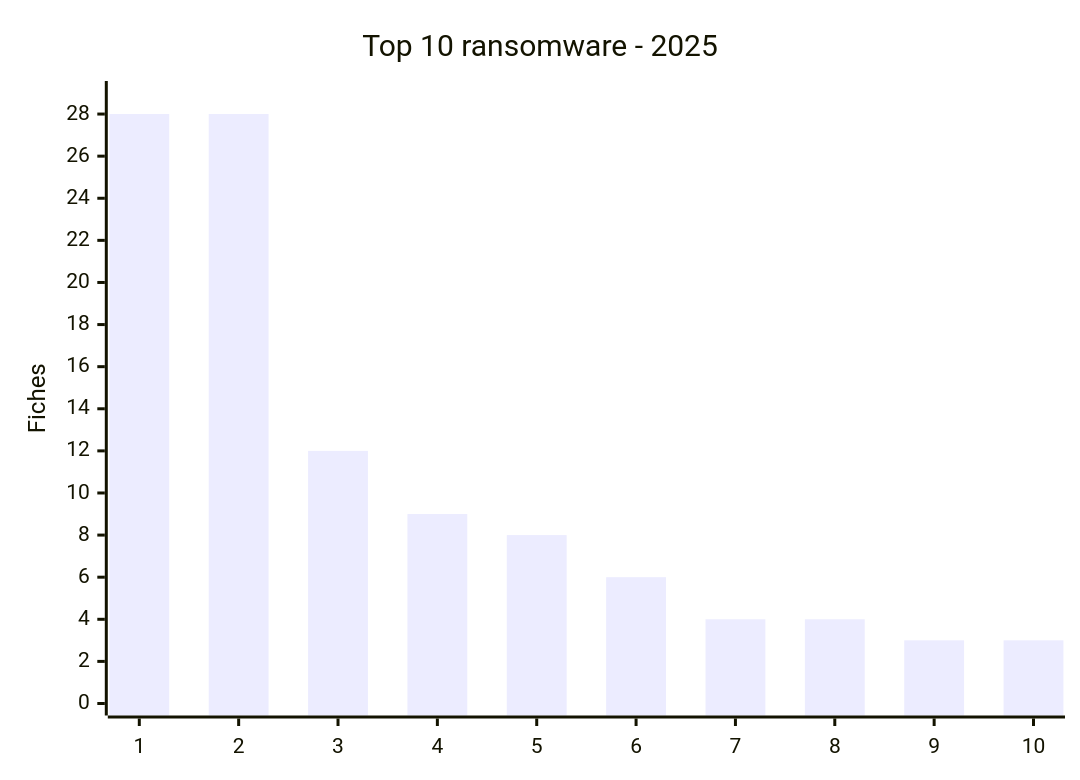
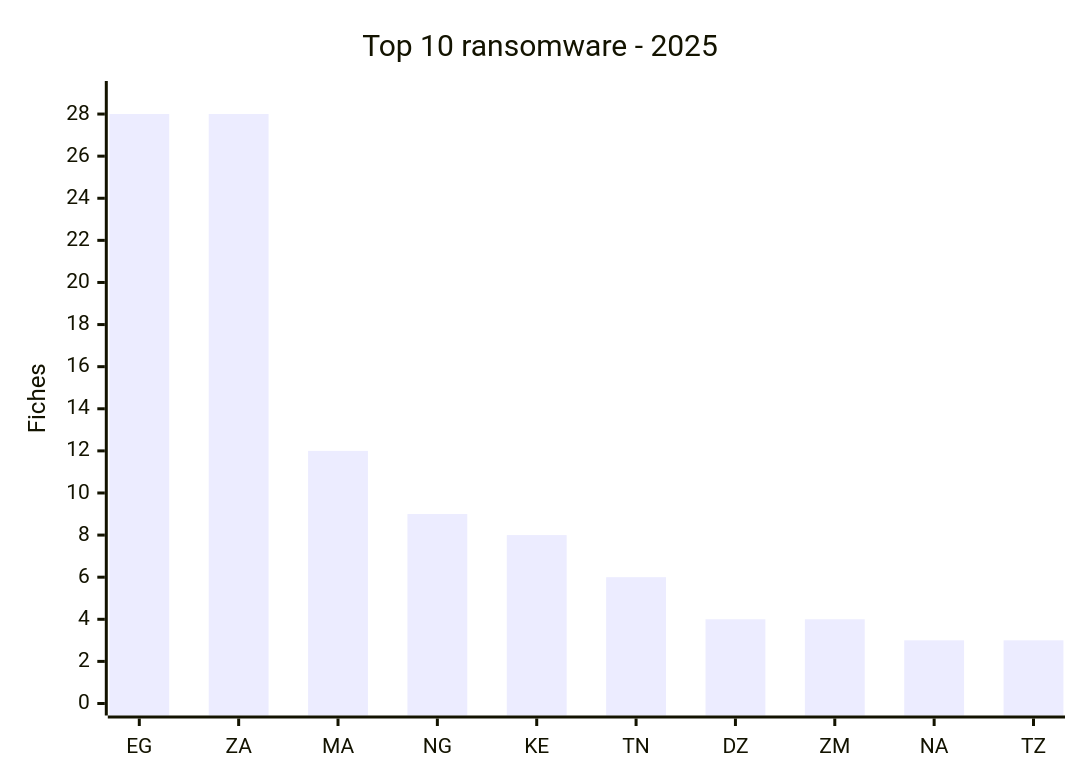
One commit to Hatchepsoute/AFRINTEL changed the fifth of 7 diagrams in CyberAttackAfrica/2025/README_FR.md. Above: the diagram before and after it, drawn with Mermaid. The commit also changed other lines of this file and 112 other files, not shown here.

````diff
--- a/CyberAttackAfrica/2025/README_FR.md
+++ b/CyberAttackAfrica/2025/README_FR.md
@@ -175,7 +250,7 @@
 ```mermaid
 xychart-beta
     title "Top 10 ransomware - 2025"
-    x-axis ["1","2","3","4","5","6","7","8","9","10"]
+    x-axis ["EG","ZA","MA","NG","KE","TN","DZ","ZM","NA","TZ"]
     y-axis "Fiches" 0 --> 29
     bar [28,28,12,9,8,6,4,4,3,3]
 ```
````
